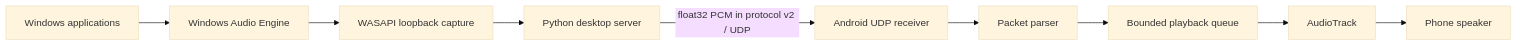
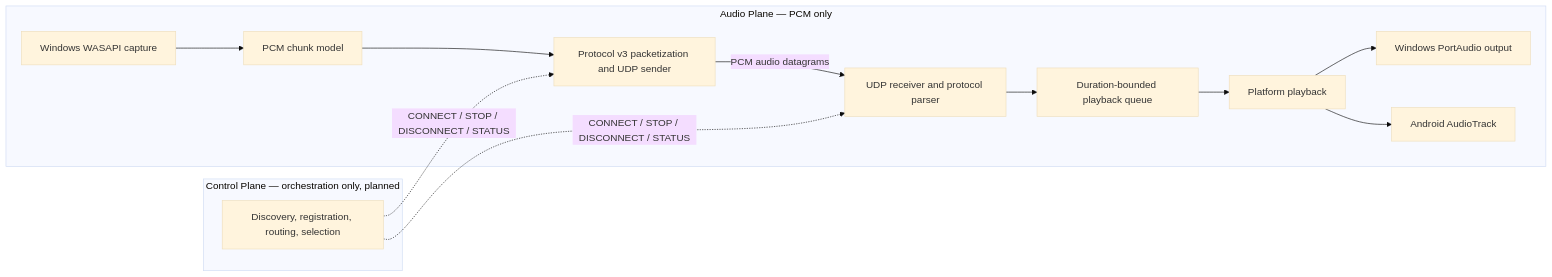
Before and after one commit to ShahidShaikh308/AudioStreamer: the diagram in README.md, drawn with Mermaid (base theme). The commit also changed other lines of this file and 119 other files, not shown here.

````diff
--- a/README.md
+++ b/README.md
@@ -9,11 +24,17 @@
 ```mermaid
 flowchart LR
-  Apps[Windows applications] --> Mix[Windows Audio Engine]
-  Mix --> Capture[WASAPI loopback capture]
-  Capture --> Server[Python desktop server]
-  Server -->|float32 PCM in protocol v2 / UDP| Receiver[Android UDP receiver]
-  Receiver --> Parser[Packet parser]
-  Parser --> Queue[Bounded playback queue]
-  Queue --> Track[AudioTrack]
-  Track --> Speaker[Phone speaker]
+  subgraph AUDIO_PLANE[Audio Plane — PCM only]
+    W[Windows WASAPI capture] --> M[PCM chunk model]
+    M --> S[Protocol v3 packetization and UDP sender]
+    S -->|PCM audio datagrams| R[UDP receiver and protocol parser]
+    R --> Q[Duration-bounded playback queue]
+    Q --> AT[Platform playback]
+    AT --> WP[Windows PortAudio output]
+    AT --> ANDROID_TRACK[Android AudioTrack]
+  end
+  subgraph CP[Control Plane — orchestration only, planned]
+    D[Discovery, registration, routing, selection]
+  end
+  D -. CONNECT / STOP / DISCONNECT / STATUS .-> S
+  D -. CONNECT / STOP / DISCONNECT / STATUS .-> R
 ```
````
